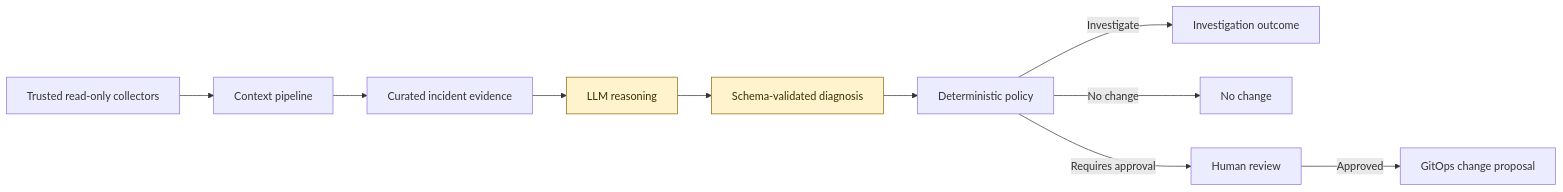
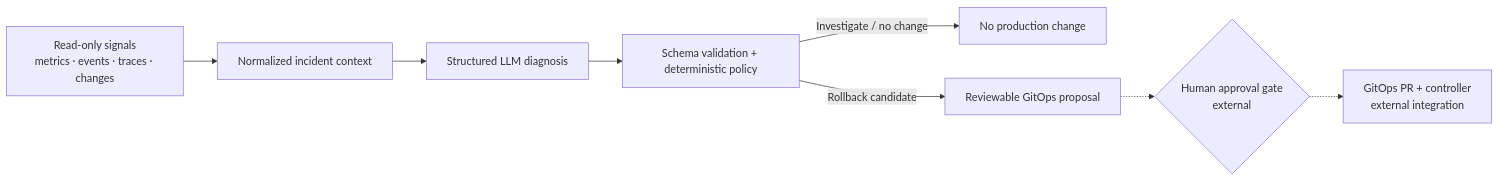
The first of 2 diagrams in README.md (Vidon212/AI-incident-co-pilot), drawn with Mermaid before and after one commit. The commit also changed other lines of this file, not shown here.

Commit message:
Clarify read-only incident flow and approval gate

````diff
--- a/README.md
+++ b/README.md
@@ -13,15 +13,10 @@
 ```mermaid
 flowchart LR
-    Collectors[Trusted read-only collectors] --> Context[Context pipeline]
-    Context --> Evidence[Curated incident evidence]
-    Evidence --> LLM[LLM reasoning]
-    LLM --> Diagnosis[Schema-validated diagnosis]
-    Diagnosis --> Policy[Deterministic policy]
-    Policy -->|Investigate| Investigation[Investigation outcome]
-    Policy -->|No change| NoChange[No change]
-    Policy -->|Requires approval| Review[Human review]
-    Review -->|Approved| GitOps[GitOps change proposal]
-
-    classDef boundary fill:#fff3cd,stroke:#856404,color:#3d2f00;
-    class LLM,Diagnosis boundary;
+    Signals[Read-only signals<br/>metrics · events · traces · changes] --> Context[Normalized incident context]
+    Context --> Diagnosis[Structured LLM diagnosis]
+    Diagnosis --> Policy[Schema validation + deterministic policy]
+    Policy -->|Investigate / no change| Stop[No production change]
+    Policy -->|Rollback candidate| Proposal[Reviewable GitOps proposal]
+    Proposal -.-> Gate{Human approval gate<br/>external}
+    Gate -.-> GitOps[GitOps PR + controller<br/>external integration]
 ```
````
